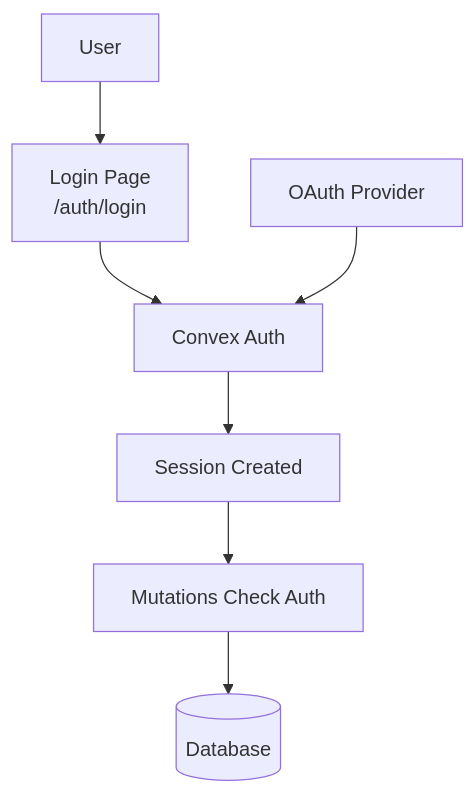
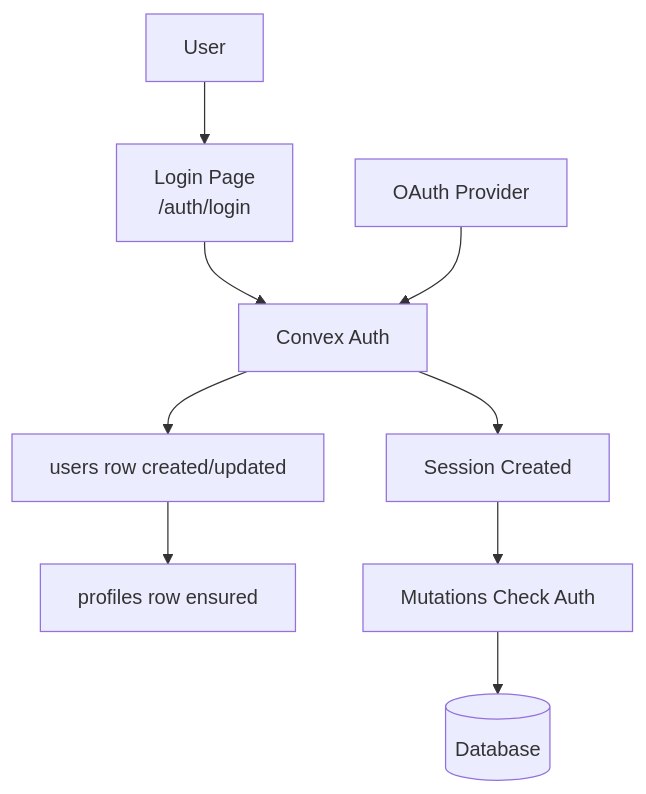
One commit to ndelangen/tanstack-start changed the diagram in docs/authentication.md. Above: the diagram before and after it, drawn with Mermaid. The commit also changed other lines of this file and 12 other files, not shown here.

````diff
--- a/docs/authentication.md
+++ b/docs/authentication.md
@@ -5,10 +5,12 @@
 ```mermaid
 flowchart TD
     User[User] --> Login["Login Page<br/>/auth/login"]
     Login --> ConvexAuth[Convex Auth]
+    ConvexAuth --> UsersRow["users row created/updated"]
+    UsersRow --> ProfileRow["profiles row ensured"]
     ConvexAuth --> Session[Session Created]
     Session --> Mutations[Mutations Check Auth]
     Mutations --> DB[(Database)]
-    
+
     OAuth[OAuth Provider] --> ConvexAuth
 ```
````
